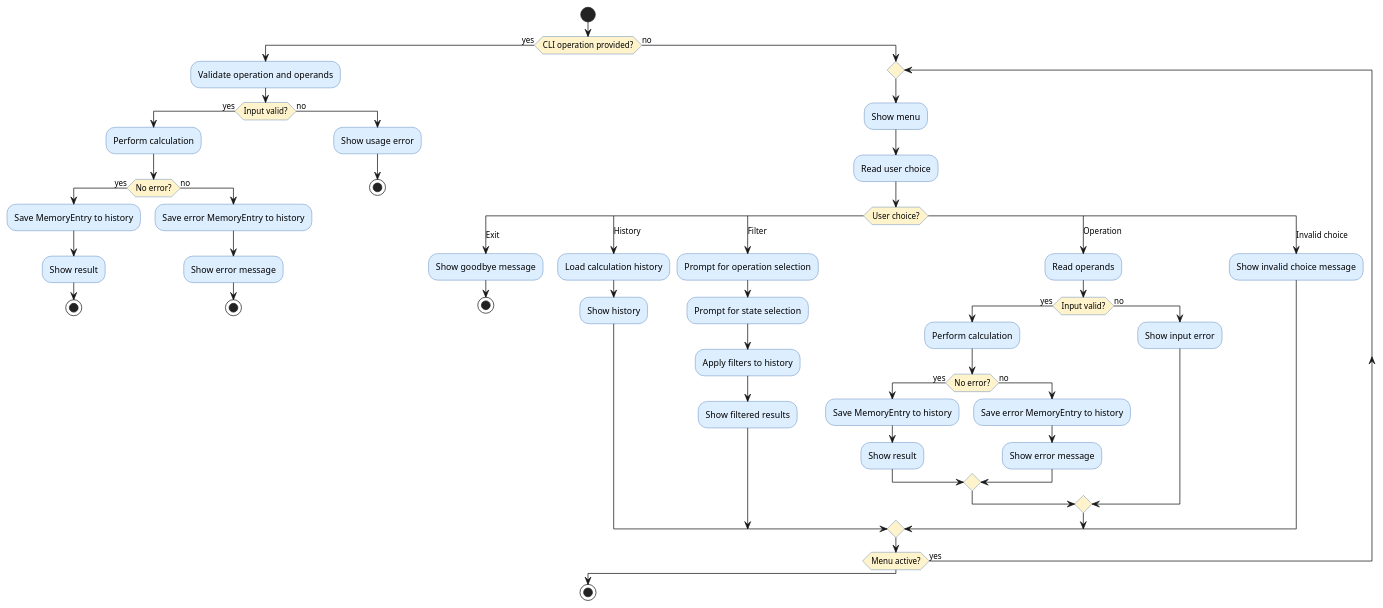
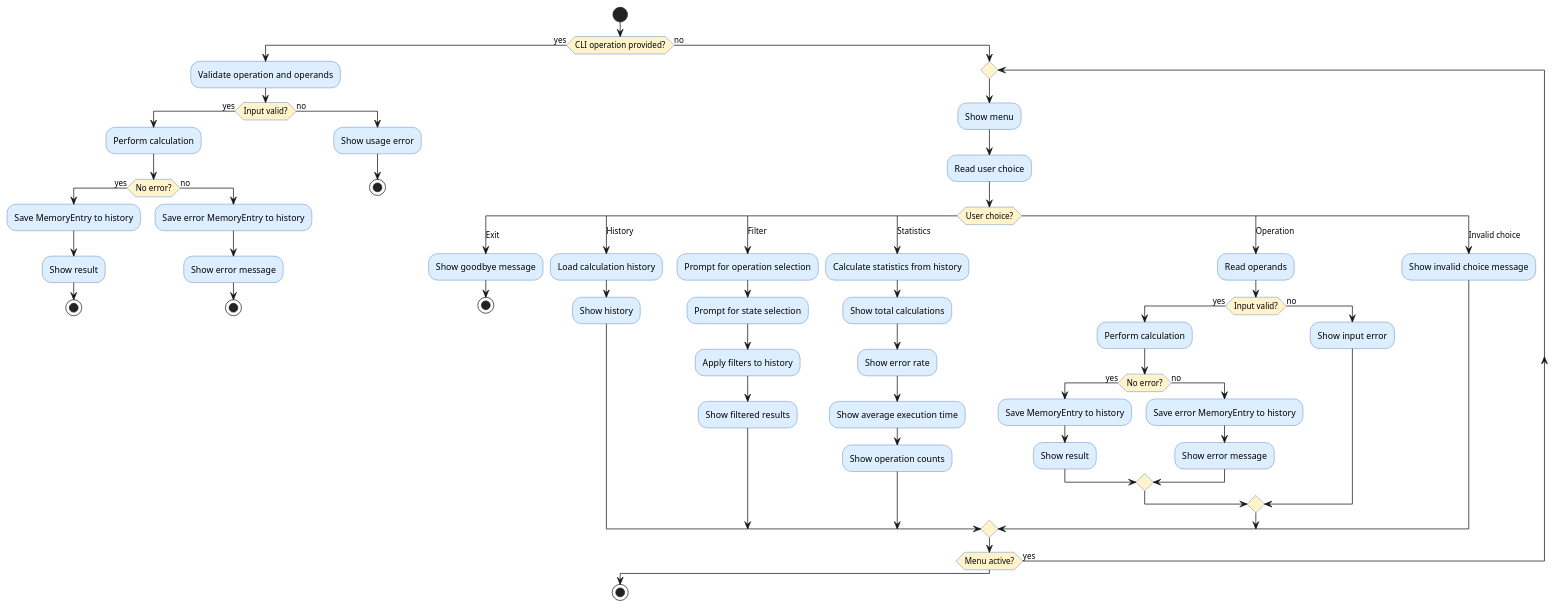
Before and after one commit to DanielRiha8906/Software_autoevolution_using_agents: the diagram in experiments/pipeline/user_stories/calculator/artifacts/activity_diagram.puml, drawn with PlantUML. The commit also changed 17 other files, not shown here.

```diff
--- a/experiments/pipeline/user_stories/calculator/artifacts/activity_diagram.puml
+++ b/experiments/pipeline/user_stories/calculator/artifacts/activity_diagram.puml
@@ -1,82 +1,89 @@
 @startuml activity_diagram
 
 skinparam activityBackgroundColor #DDEEFF
 skinparam activityBorderColor #3366AA
 skinparam activityDiamondBackgroundColor #FFF3CC
 
 start
 
 if (CLI operation provided?) then (yes)
 
   :Validate operation and operands;
 
   if (Input valid?) then (yes)
     :Perform calculation;
 
     if (No error?) then (yes)
       :Save MemoryEntry to history;
       :Show result;
       stop
     else (no)
       :Save error MemoryEntry to history;
       :Show error message;
       stop
     endif
 
   else (no)
     :Show usage error;
     stop
   endif
 
 else (no)
 
   repeat
     :Show menu;
     :Read user choice;
 
     switch (User choice?)
 
       case (Exit)
         :Show goodbye message;
         stop
 
       case (History)
         :Load calculation history;
         :Show history;
 
       case (Filter)
         :Prompt for operation selection;
         :Prompt for state selection;
         :Apply filters to history;
         :Show filtered results;
 
+      case (Statistics)
+        :Calculate statistics from history;
+        :Show total calculations;
+        :Show error rate;
+        :Show average execution time;
+        :Show operation counts;
+
       case (Operation)
         :Read operands;
 
         if (Input valid?) then (yes)
           :Perform calculation;
 
           if (No error?) then (yes)
             :Save MemoryEntry to history;
             :Show result;
           else (no)
             :Save error MemoryEntry to history;
             :Show error message;
           endif
 
         else (no)
           :Show input error;
         endif
 
       case (Invalid choice)
         :Show invalid choice message;
 
     endswitch
 
   repeat while (Menu active?) is (yes)
 
 endif
 
 stop
 
 @enduml
```
